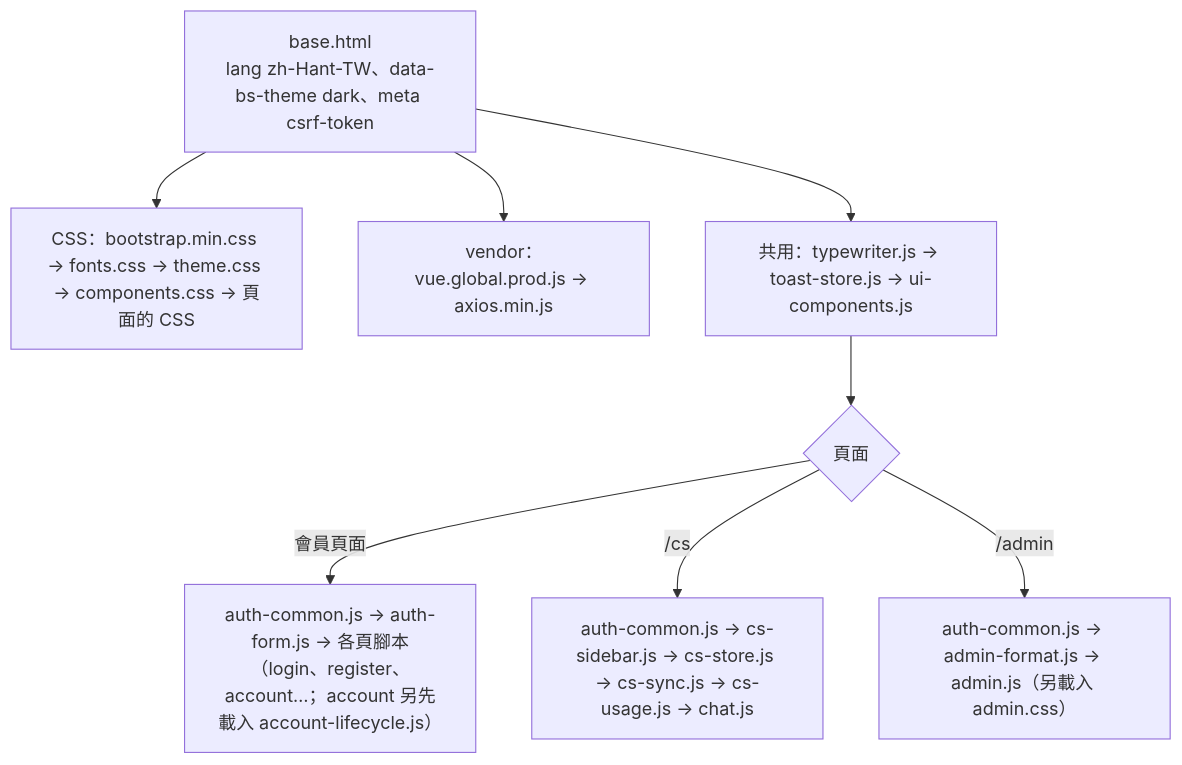
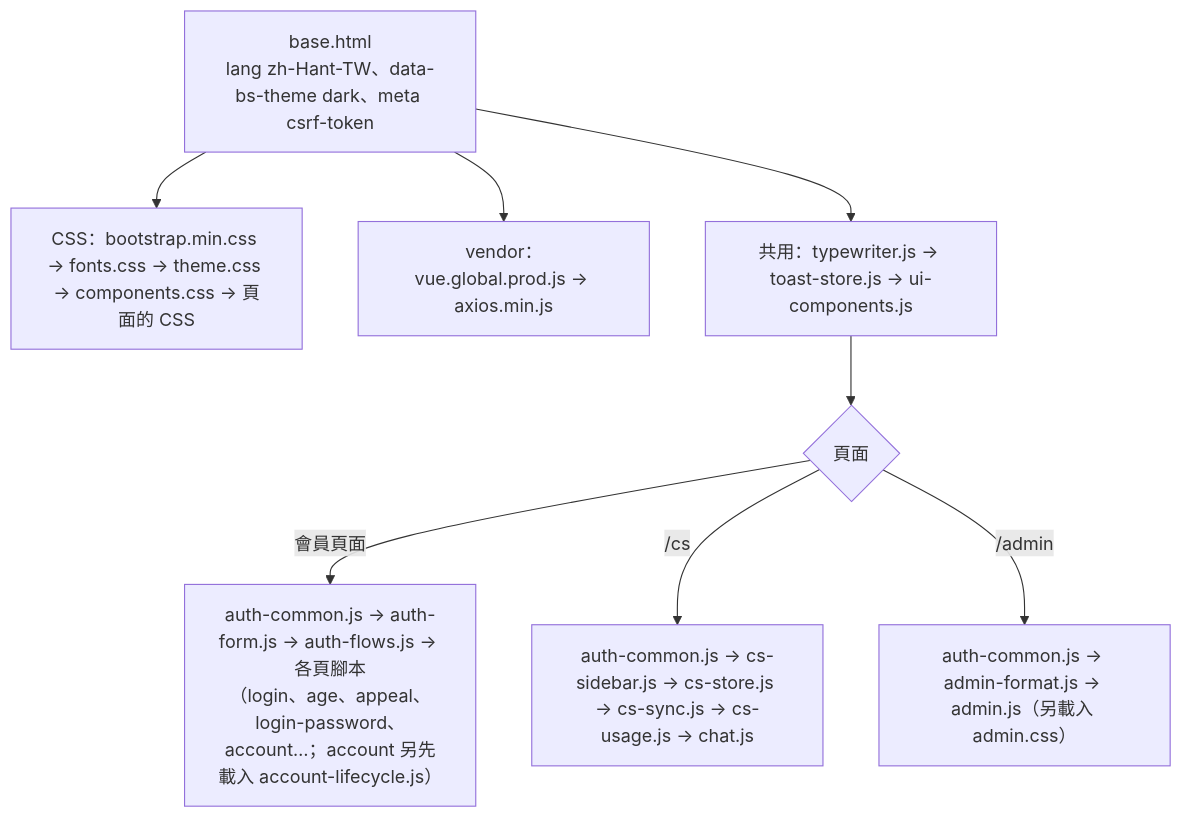
The first of 7 diagrams in docs/前端結構-frontend.md (pp466pp466/R.A.C), drawn with Mermaid before and after one commit. The commit also changed other lines of this file and 170 other files, not shown here.

````diff
--- a/docs/前端結構-frontend.md
+++ b/docs/前端結構-frontend.md
@@ -9,11 +10,11 @@
 ```mermaid
 flowchart TD
     Base["base.html<br/>lang zh-Hant-TW、data-bs-theme dark、meta csrf-token"]
     Base --> Css["CSS：bootstrap.min.css → fonts.css → theme.css → components.css → 頁面的 CSS"]
     Base --> Vendor["vendor：vue.global.prod.js → axios.min.js"]
     Base --> Ui["共用：typewriter.js → toast-store.js → ui-components.js"]
     Ui --> Page{"頁面"}
-    Page -->|"會員頁面"| Auth["auth-common.js → auth-form.js → 各頁腳本<br/>（login、register、account…；account 另先載入 account-lifecycle.js）"]
+    Page -->|"會員頁面"| Auth["auth-common.js → auth-form.js → auth-flows.js → 各頁腳本<br/>（login、age、appeal、login-password、account…；account 另先載入 account-lifecycle.js）"]
     Page -->|"/cs"| Cs["auth-common.js → cs-sidebar.js → cs-store.js → cs-sync.js → cs-usage.js → chat.js"]
     Page -->|"/admin"| Adm["auth-common.js → admin-format.js → admin.js（另載入 admin.css）"]
 ```
````
